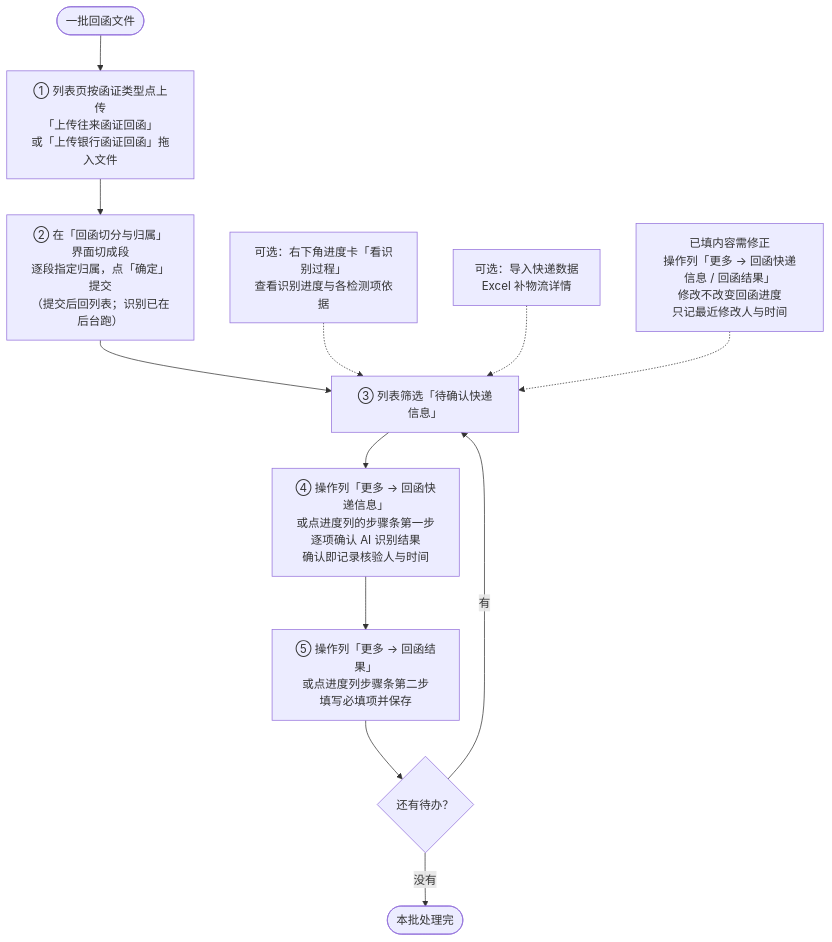
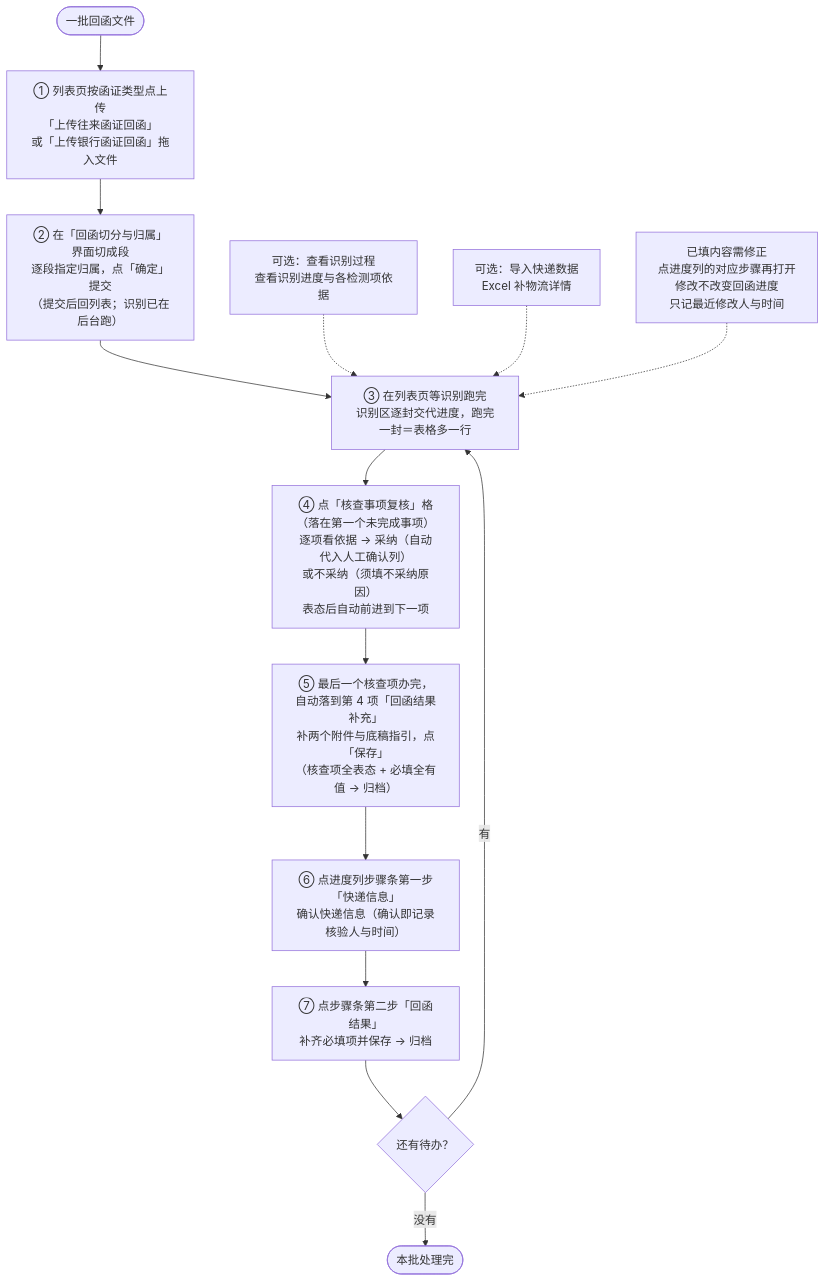
Before and after one commit to ADdongdong/01_Smart-Reply-Management: the fourth of 4 diagrams in docs/figures/word_figures.md, drawn with Mermaid. The commit also changed other lines of this file and 68 other files, not shown here.

````diff
--- a/docs/figures/word_figures.md
+++ b/docs/figures/word_figures.md
@@ -114,14 +125,16 @@
 ```mermaid
 flowchart TB
     START(["一批回函文件"]) --> OP1["① 列表页按函证类型点上传<br/>「上传往来函证回函」<br/>或「上传银行函证回函」拖入文件"]
     OP1 --> OP2["② 在「回函切分与归属」界面切成段<br/>逐段指定归属，点「确定」提交<br/>（提交后回列表；识别已在后台跑）"]
-    OP2 --> OP3["③ 列表筛选「待确认快递信息」"]
-    OP3 --> OP4["④ 操作列「更多 → 回函快递信息」<br/>或点进度列的步骤条第一步<br/>逐项确认 AI 识别结果<br/>确认即记录核验人与时间"]
-    OP4 --> OP5["⑤ 操作列「更多 → 回函结果」<br/>或点进度列步骤条第二步<br/>填写必填项并保存"]
-    OP5 --> OP6{"还有待办？"}
-    OP6 -->|"有"| OP3
-    OP6 -->|"没有"| DONE(["本批处理完"])
-    LOOK["可选：右下角进度卡「看识别过程」<br/>查看识别进度与各检测项依据"] -.-> OP3
+    OP2 --> OP3["③ 在列表页等识别跑完<br/>识别区逐封交代进度，跑完一封＝表格多一行"]
+    OP3 --> OP4["④ 点「核查事项复核」格（落在第一个未完成事项）<br/>逐项看依据 → 采纳（自动代入人工确认列）<br/>或不采纳（须填不采纳原因）<br/>表态后自动前进到下一项"]
+    OP4 --> OP5["⑤ 最后一个核查项办完，自动落到第 4 项「回函结果补充」<br/>补两个附件与底稿指引，点「保存」<br/>（核查项全表态 + 必填全有值 → 归档）"]
+    OP5 --> OP6["⑥ 点进度列步骤条第一步「快递信息」<br/>确认快递信息（确认即记录核验人与时间）"]
+    OP6 --> OP7["⑦ 点步骤条第二步「回函结果」<br/>补齐必填项并保存 → 归档"]
+    OP7 --> OP8{"还有待办？"}
+    OP8 -->|"有"| OP3
+    OP8 -->|"没有"| DONE(["本批处理完"])
+    LOOK["可选：查看识别过程<br/>查看识别进度与各检测项依据"] -.-> OP3
     OPX["可选：导入快递数据<br/>Excel 补物流详情"] -.-> OP3
-    FIX["已填内容需修正<br/>操作列「更多 → 回函快递信息 / 回函结果」<br/>修改不改变回函进度<br/>只记最近修改人与时间"] -.-> OP3
+    FIX["已填内容需修正<br/>点进度列的对应步骤再打开<br/>修改不改变回函进度<br/>只记最近修改人与时间"] -.-> OP3
 ```
````
